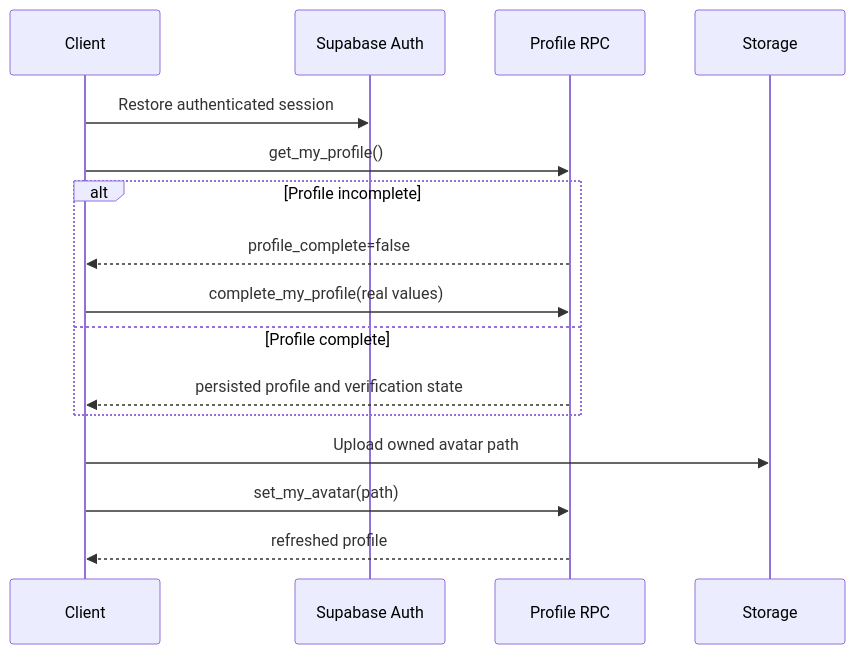
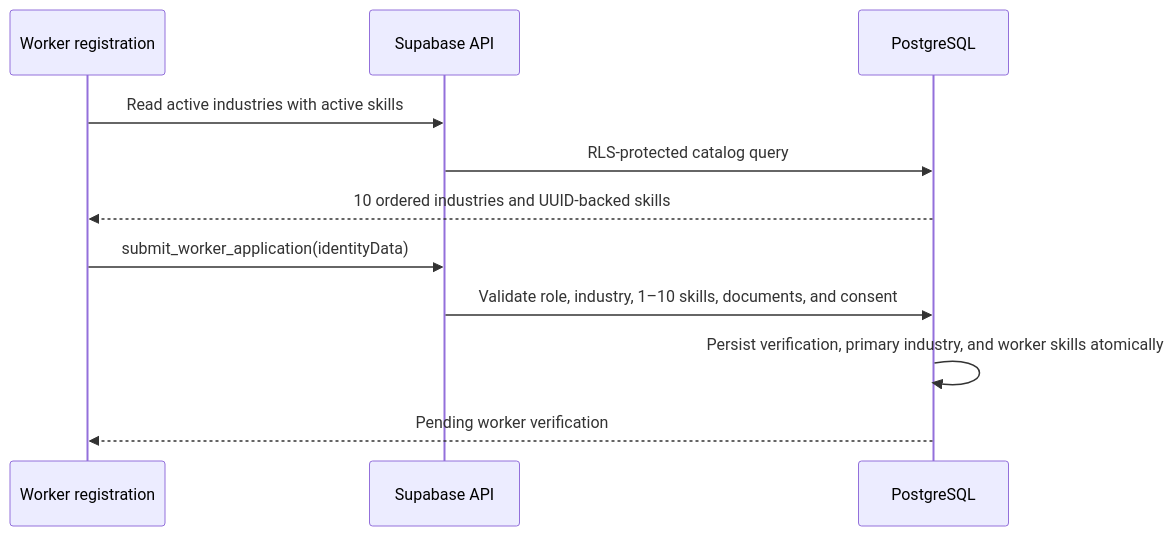
Before and after one commit to Vanitazsz/ayos-final: the diagram in WORKFLOWS.md, drawn with Mermaid. The commit also changed other lines of this file, not shown here.

````diff
--- a/WORKFLOWS.md
+++ b/WORKFLOWS.md
@@ -153,18 +5,13 @@
 ```mermaid
 sequenceDiagram
-  participant C as Client
-  participant A as Supabase Auth
-  participant D as Profile RPC
-  participant S as Storage
-  C->>A: Restore authenticated session
-  C->>D: get_my_profile()
-  alt Profile incomplete
-    D-->>C: profile_complete=false
-    C->>D: complete_my_profile(real values)
-  else Profile complete
-    D-->>C: persisted profile and verification state
-  end
-  C->>S: Upload owned avatar path
-  C->>D: set_my_avatar(path)
-  D-->>C: refreshed profile
+  participant W as Worker registration
+  participant S as Supabase API
+  participant D as PostgreSQL
+  W->>S: Read active industries with active skills
+  S->>D: RLS-protected catalog query
+  D-->>W: 10 ordered industries and UUID-backed skills
+  W->>S: submit_worker_application(identityData)
+  S->>D: Validate role, industry, 1–10 skills, documents, and consent
+  D->>D: Persist verification, primary industry, and worker skills atomically
+  D-->>W: Pending worker verification
 ```
````
